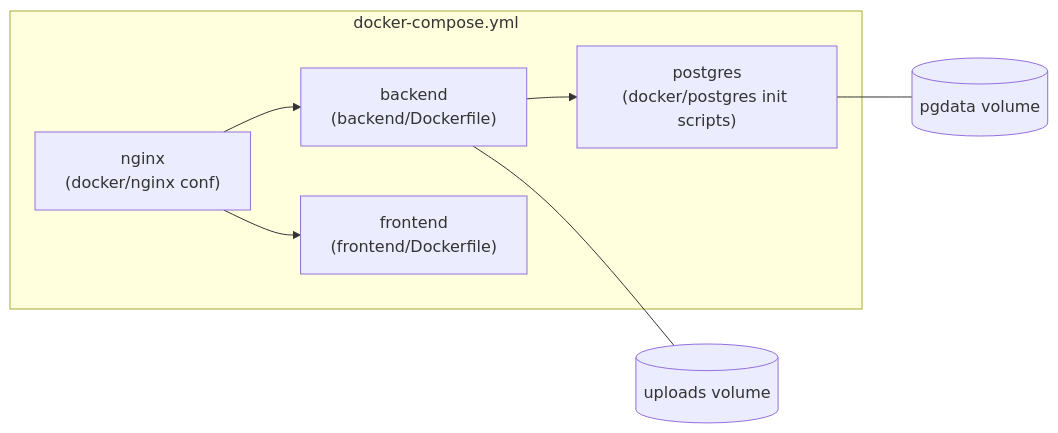
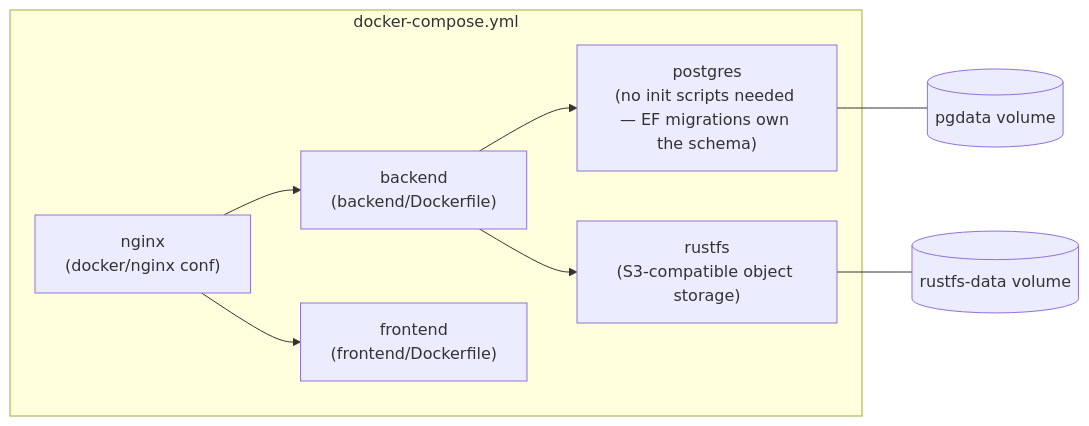
One commit to hasan-sakib/EduTrack changed the fourth of 4 diagrams in docs/architecture/architecture.md. Above: the diagram before and after it, drawn with Mermaid. The commit also changed other lines of this file and 7 other files, not shown here.

Commit message:
feat: update README and architecture documentation for RustFS integration and Docker setup improvements

````diff
--- a/docs/architecture/architecture.md
+++ b/docs/architecture/architecture.md
@@ -96,17 +96,19 @@
 ```mermaid
 flowchart LR
     subgraph docker-compose.yml
-        pg["postgres<br/>(docker/postgres init scripts)"]
+        pg["postgres<br/>(no init scripts needed — EF migrations own the schema)"]
+        rf["rustfs<br/>(S3-compatible object storage)"]
         be["backend<br/>(backend/Dockerfile)"]
         fe["frontend<br/>(frontend/Dockerfile)"]
         nx["nginx<br/>(docker/nginx conf)"]
     end
     pgdata[("pgdata volume")]
-    uploads[("uploads volume")]
+    rustfsdata[("rustfs-data volume")]
 
     be --> pg
+    be --> rf
     pg --- pgdata
-    be --- uploads
+    rf --- rustfsdata
     nx --> fe
     nx --> be
 ```
````
